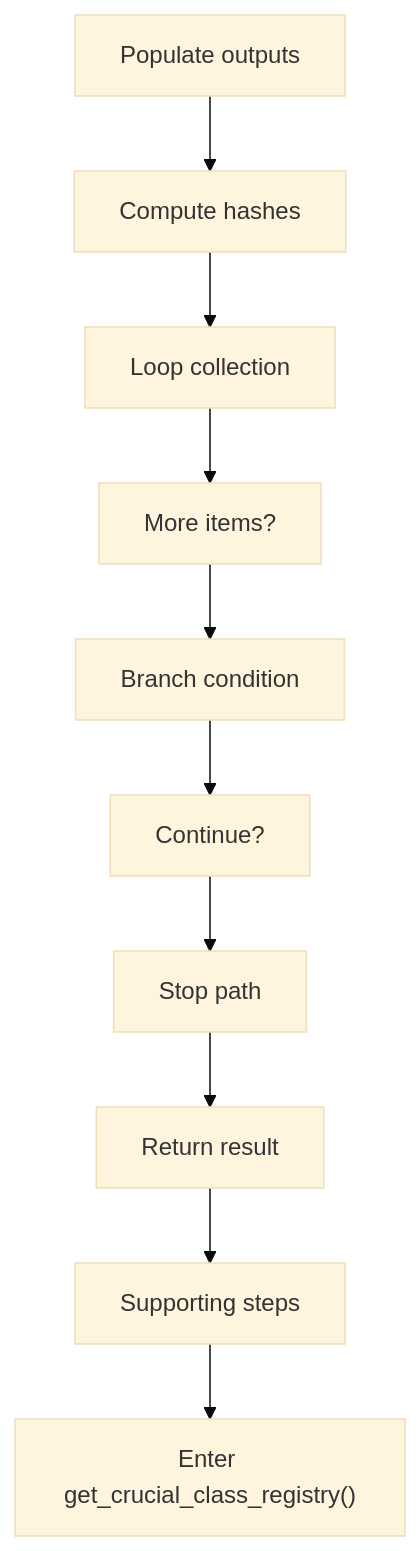
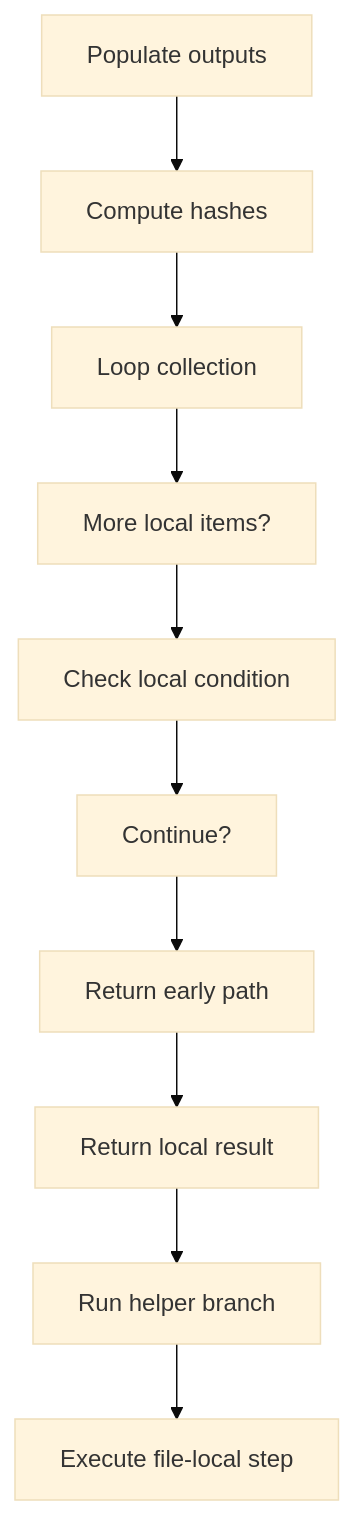
One commit to JohnAndrewBalbarosa/NeoTerritory changed the sixth of 7 diagrams in docs/Codebase/Microservice/Modules/Source/Analysis/Lexical/StructuralHooks/Flow/lexical_structure_hooks_program_flow.cpp.md. Above: the diagram before and after it, drawn with Mermaid (base theme). The commit also changed other lines of this file and 925 other files, not shown here.

````diff
--- a/docs/Codebase/Microservice/Modules/Source/Analysis/Lexical/StructuralHooks/Flow/lexical_structure_hooks_program_flow.cpp.md
+++ b/docs/Codebase/Microservice/Modules/Source/Analysis/Lexical/StructuralHooks/Flow/lexical_structure_hooks_program_flow.cpp.md
@@ -145,22 +145,22 @@
 ```mermaid
 flowchart TD
     N0["Populate outputs"]
     N1["Compute hashes"]
     N2["Loop collection"]
-    N3["More items?"]
-    N4["Branch condition"]
+    N3["More local items?"]
+    N4["Check local condition"]
     N5["Continue?"]
-    N6["Stop path"]
-    N7["Return result"]
-    N8["Supporting steps"]
-    N9["Enter get_crucial_class_registry()"]
+    N6["Return early path"]
+    N7["Return local result"]
+    N8["Run helper branch"]
+    N9["Execute file-local step"]
     N0 --> N1
     N1 --> N2
     N2 --> N3
     N3 --> N4
     N4 --> N5
     N5 --> N6
     N6 --> N7
     N7 --> N8
     N8 --> N9
 ```
````
